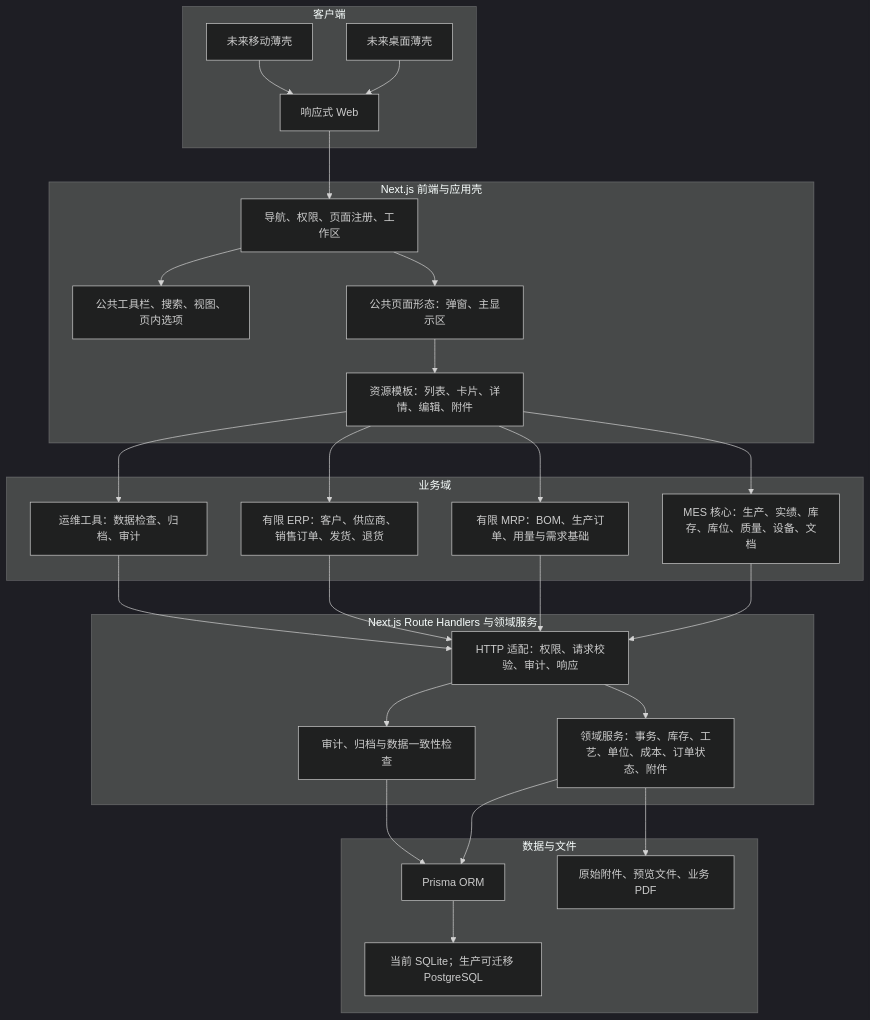
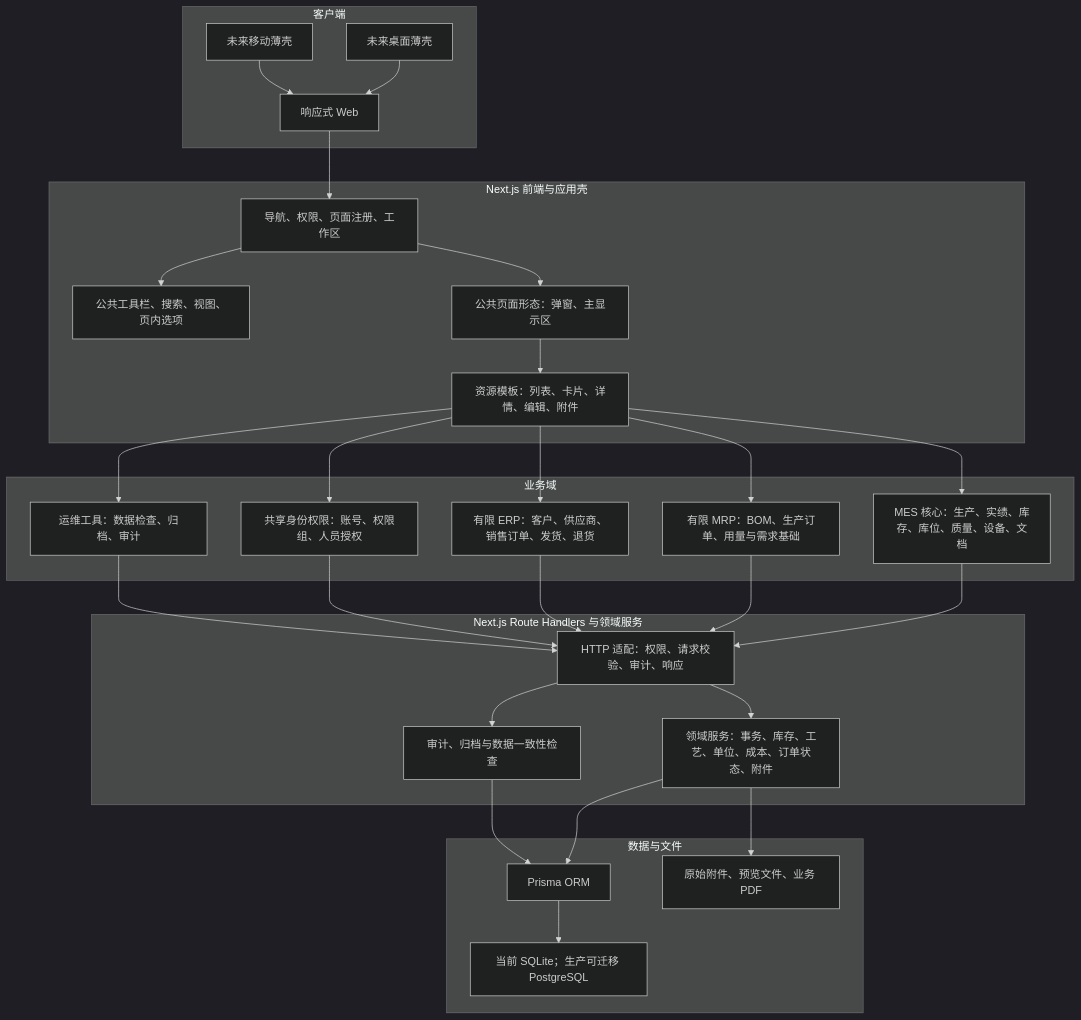
One commit to goldf2/mes-lite changed the first of 2 diagrams in docs/architecture/系统结构图.md. Above: the diagram before and after it, drawn with Mermaid (dark theme). The commit also changed 18 other files, not shown here.

````diff
--- a/docs/architecture/系统结构图.md
+++ b/docs/architecture/系统结构图.md
@@ -5,55 +5,58 @@
 ```mermaid
 flowchart TB
   subgraph Client["客户端"]
     Web["响应式 Web"]
     Desktop["未来桌面薄壳"]
     Mobile["未来移动薄壳"]
   end
 
   subgraph Frontend["Next.js 前端与应用壳"]
     Shell["导航、权限、页面注册、工作区"]
     Toolbar["公共工具栏、搜索、视图、页内选项"]
     Presentation["公共页面形态：弹窗、主显示区"]
     Resource["资源模板：列表、卡片、详情、编辑、附件"]
   end
 
   subgraph Domain["业务域"]
     MES["MES 核心：生产、实绩、库存、库位、质量、设备、文档"]
     MRP["有限 MRP：BOM、生产订单、用量与需求基础"]
     ERP["有限 ERP：客户、供应商、销售订单、发货、退货"]
+    Identity["共享身份权限：账号、权限组、人员授权"]
     Operations["运维工具：数据检查、归档、审计"]
   end
 
   subgraph Server["Next.js Route Handlers 与领域服务"]
     API["HTTP 适配：权限、请求校验、审计、响应"]
     Services["领域服务：事务、库存、工艺、单位、成本、订单状态、附件"]
     Audit["审计、归档与数据一致性检查"]
   end
 
   subgraph Data["数据与文件"]
     Prisma["Prisma ORM"]
     DB["当前 SQLite；生产可迁移 PostgreSQL"]
     Storage["原始附件、预览文件、业务 PDF"]
   end
 
   Web --> Shell
   Desktop --> Web
   Mobile --> Web
   Shell --> Toolbar
   Shell --> Presentation
   Presentation --> Resource
   Resource --> MES
   Resource --> MRP
   Resource --> ERP
+  Resource --> Identity
   Resource --> Operations
   MES --> API
   MRP --> API
   ERP --> API
+  Identity --> API
   Operations --> API
   API --> Services
   API --> Audit
   Services --> Prisma
   Audit --> Prisma
   Prisma --> DB
   Services --> Storage
 ```
````
